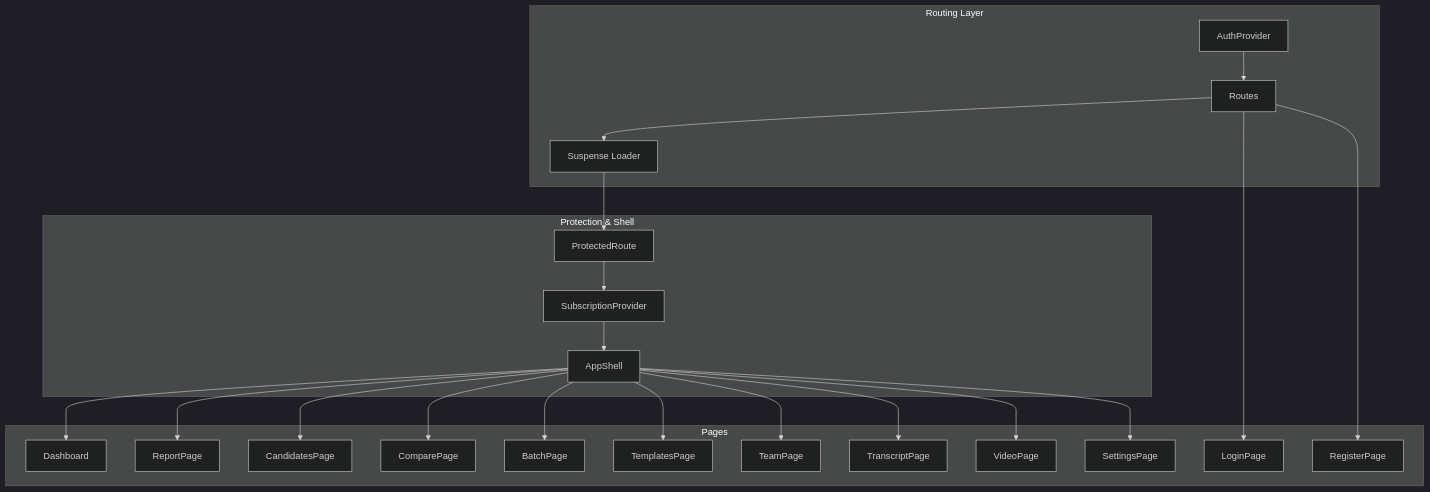
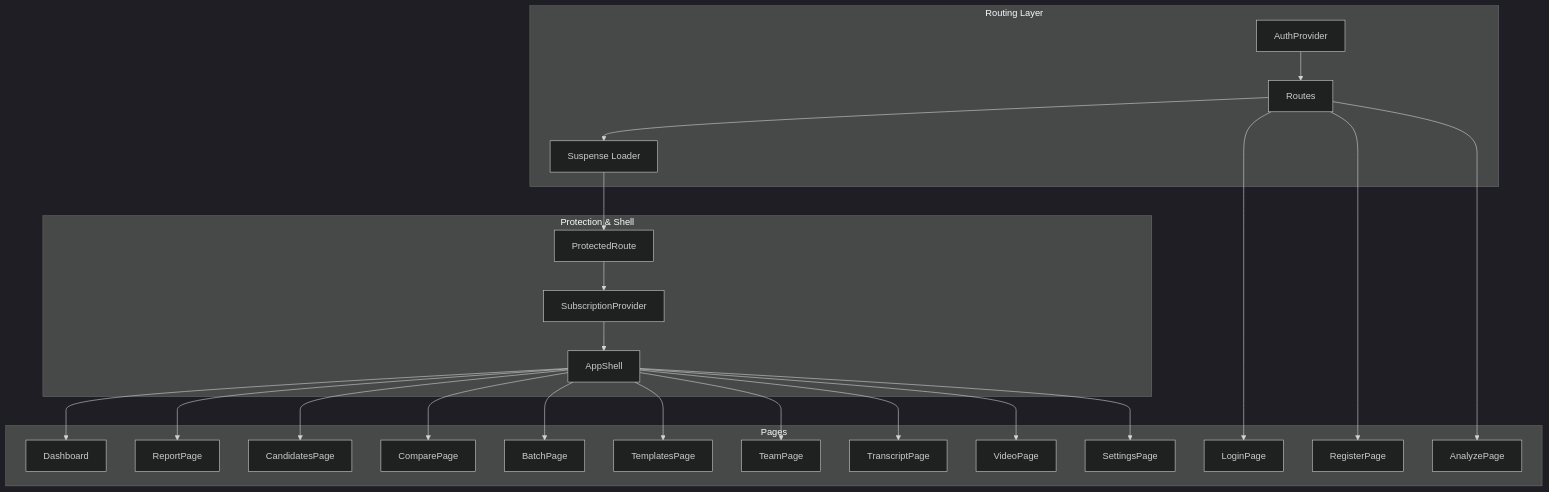
One commit to Revanththetalogics/aireume changed the first of 13 diagrams in .qoder/repowiki/en/content/Frontend Architecture/Page Structure.md. Above: the diagram before and after it, drawn with Mermaid (dark theme). The commit also changed other lines of this file and 15 other files, not shown here.

````diff
--- a/.qoder/repowiki/en/content/Frontend Architecture/Page Structure.md
+++ b/.qoder/repowiki/en/content/Frontend Architecture/Page Structure.md
@@ -40,44 +49,46 @@
 ```mermaid
 graph TB
 subgraph "Routing Layer"
 A["AuthProvider"]
 B["Routes"]
 C["Suspense Loader"]
 end
 subgraph "Protection & Shell"
 D["ProtectedRoute"]
 E["SubscriptionProvider"]
 F["AppShell"]
 end
 subgraph "Pages"
 G["Dashboard"]
 H["ReportPage"]
 I["CandidatesPage"]
 J["ComparePage"]
 K["BatchPage"]
 L["TemplatesPage"]
 M["TeamPage"]
 N["TranscriptPage"]
 O["VideoPage"]
 P["SettingsPage"]
 Q["LoginPage"]
 R["RegisterPage"]
+S["AnalyzePage"]
 end
 A --> B
 B --> C
 C --> D
 D --> E
 E --> F
 F --> G
 F --> H
 F --> I
 F --> J
 F --> K
 F --> L
 F --> M
 F --> N
 F --> O
 F --> P
 B --> Q
 B --> R
+B --> S
 ```
````
